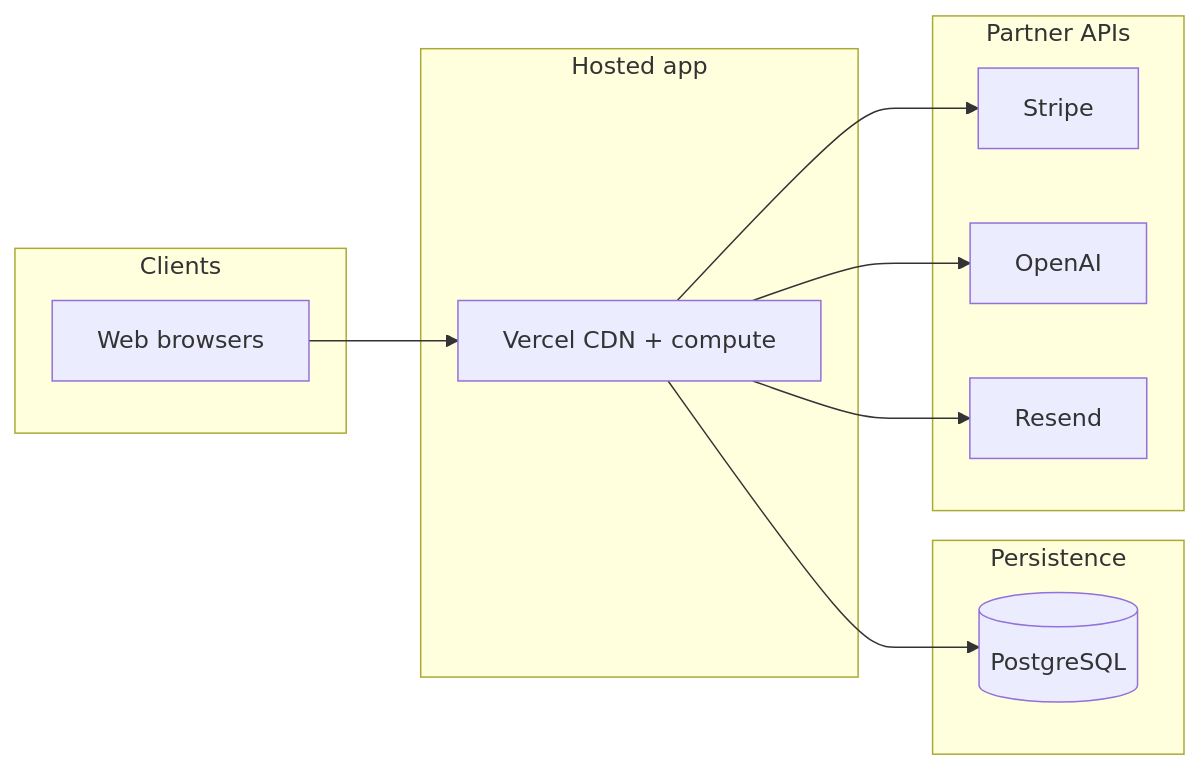
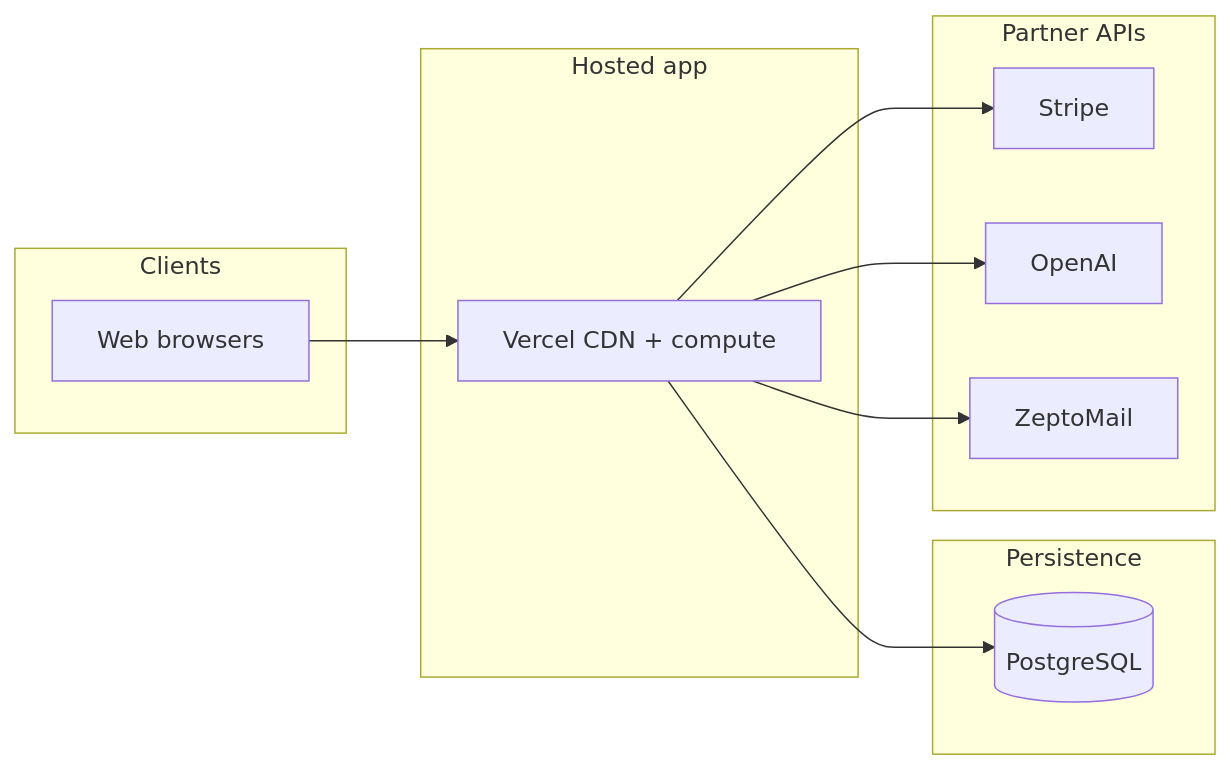
One commit to itsmehari/resumedoctor changed diagram 14 of 25 in .cursor/plans/project_blueprint.plan.md. Above: the diagram before and after it, drawn with Mermaid. The commit also changed other lines of this file and 31 other files, not shown here.

````diff
--- a/.cursor/plans/project_blueprint.plan.md
+++ b/.cursor/plans/project_blueprint.plan.md
@@ -608,26 +608,26 @@
 ```mermaid
 flowchart LR
   subgraph users [Clients]
     WEB[Web browsers]
   end
 
   subgraph hosted [Hosted app]
     VC[Vercel CDN + compute]
   end
 
   subgraph persistence [Persistence]
     DB[(PostgreSQL)]
   end
 
   subgraph partners [Partner APIs]
     ST[Stripe]
     AI[OpenAI]
-    RS[Resend]
+    RS[ZeptoMail]
   end
 
   WEB --> VC
   VC --> DB
   VC --> ST
   VC --> AI
   VC --> RS
 ```
````
